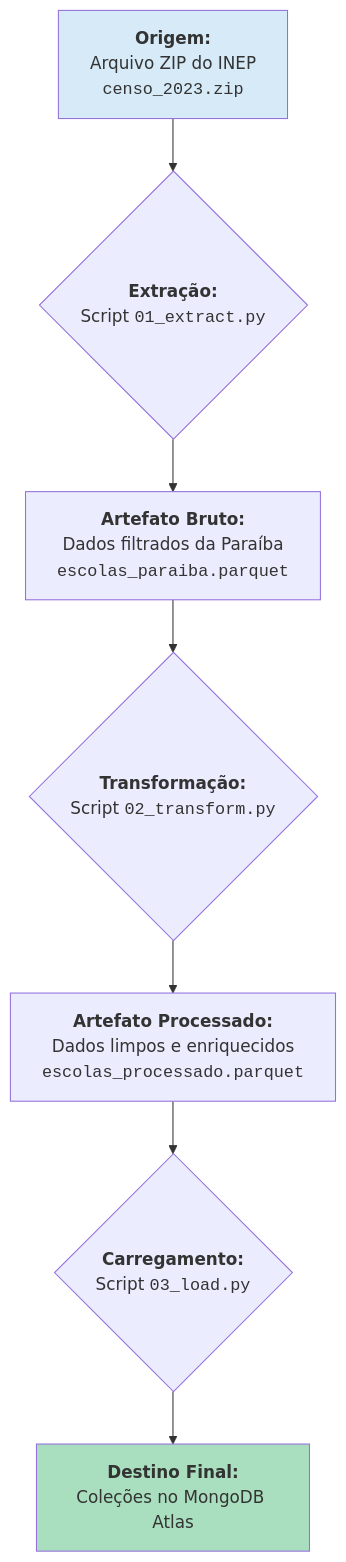
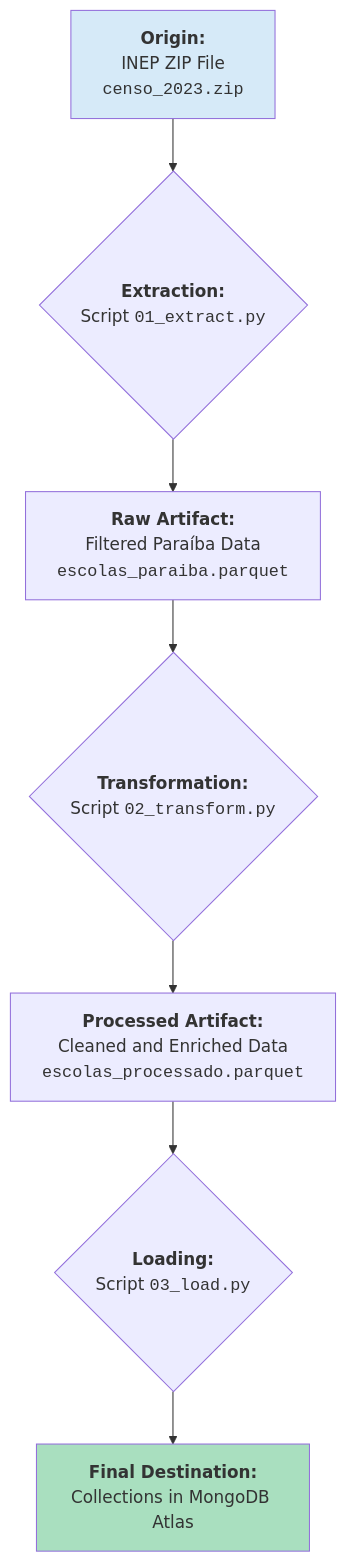
The diagram in docs/data_governance.md (UFPB-Squad-Team/alpargatas-insights), drawn with Mermaid before and after one commit. The commit also changed other lines of this file, not shown here.

````diff
--- a/docs/data_governance.md
+++ b/docs/data_governance.md
@@ -25,12 +25,12 @@
 ```mermaid
 graph TD
-    A[<b>Origem:</b><br>Arquivo ZIP do INEP<br><code>censo_2023.zip</code>] --> B{<b>Extração:</b><br>Script <code>01_extract.py</code>};
-    B --> C[<b>Artefato Bruto:</b><br>Dados filtrados da Paraíba<br><code>escolas_paraiba.parquet</code>];
-    C --> D{<b>Transformação:</b><br>Script <code>02_transform.py</code>};
-    D --> E[<b>Artefato Processado:</b><br>Dados limpos e enriquecidos<br><code>escolas_processado.parquet</code>];
-    E --> F{<b>Carregamento:</b><br>Script <code>03_load.py</code>};
-    F --> G[<b>Destino Final:</b><br>Coleções no MongoDB Atlas];
+    A[<b>Origin:</b><br>INEP ZIP File<br><code>censo_2023.zip</code>] --> B{<b>Extraction:</b><br>Script <code>01_extract.py</code>};
+    B --> C[<b>Raw Artifact:</b><br>Filtered Paraíba Data<br><code>escolas_paraiba.parquet</code>];
+    C --> D{<b>Transformation:</b><br>Script <code>02_transform.py</code>};
+    D --> E[<b>Processed Artifact:</b><br>Cleaned and Enriched Data<br><code>escolas_processado.parquet</code>];
+    E --> F{<b>Loading:</b><br>Script <code>03_load.py</code>};
+    F --> G[<b>Final Destination:</b><br>Collections in MongoDB Atlas];
 
     style A fill:#D6EAF8
     style G fill:#A9DFBF
 ```
````
